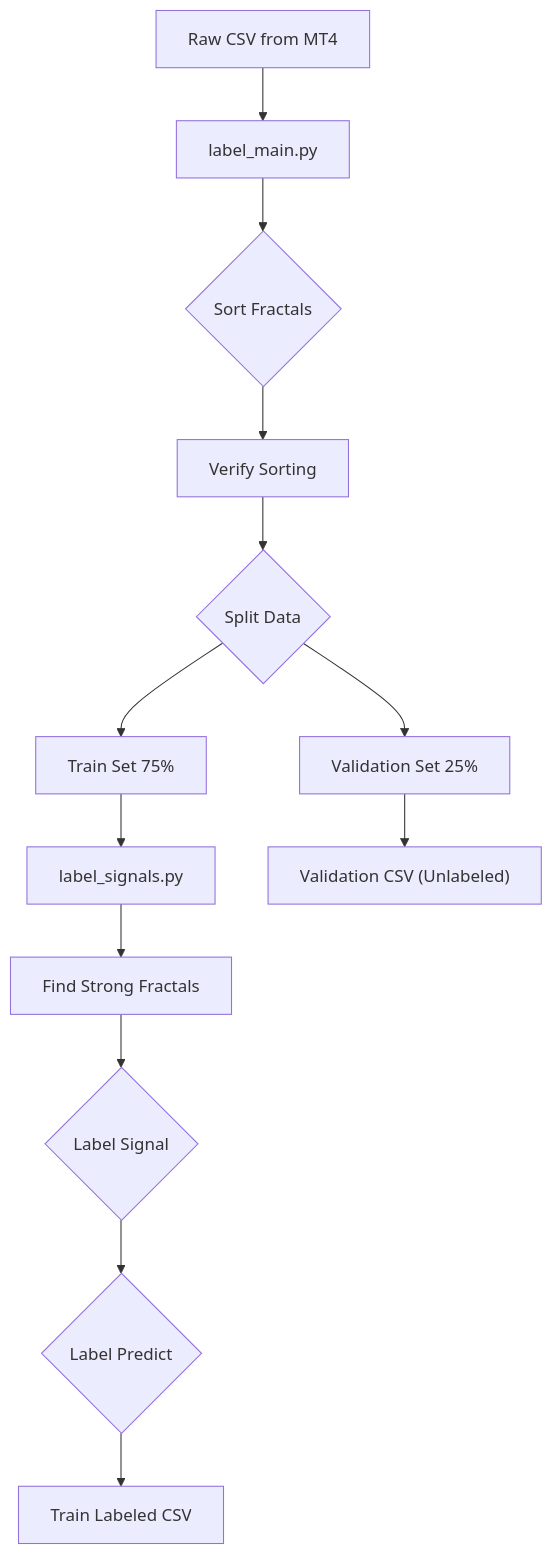
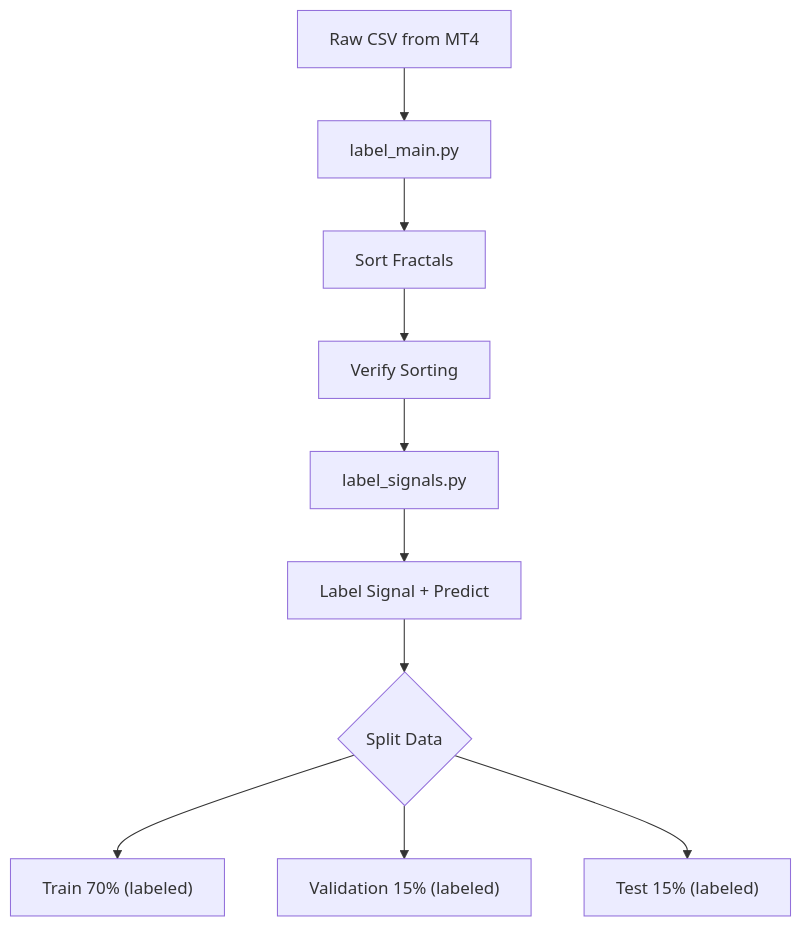
The diagram in docs/data_preprocessing/data_labeling.md (Hohlas/SoSimple), drawn with Mermaid before and after one commit. The commit also changed other lines of this file and 1 other file, not shown here.

Commit message:
добавил разделение на три выборки (после маркировки)

````diff
--- a/docs/data_preprocessing/data_labeling.md
+++ b/docs/data_preprocessing/data_labeling.md
@@ -34,15 +34,12 @@
 ```mermaid
 graph TD
     A[Raw CSV from MT4] --> B[label_main.py]
-    B --> C{Sort Fractals}
+    B --> C[Sort Fractals]
     C --> D[Verify Sorting]
-    D --> E{Split Data}
-    E --> F[Train Set 75%]
-    E --> G[Validation Set 25%]
-    F --> H[label_signals.py]
-    H --> I[Find Strong Fractals]
-    I --> J{Label Signal}
-    J --> K{Label Predict}
-    K --> L["Train Labeled CSV"]
-    G --> M["Validation CSV (Unlabeled)"]
+    D --> E[label_signals.py]
+    E --> F[Label Signal + Predict]
+    F --> G{Split Data}
+    G --> H["Train 70% (labeled)"]
+    G --> I["Validation 15% (labeled)"]
+    G --> J["Test 15% (labeled)"]
 ```
````
